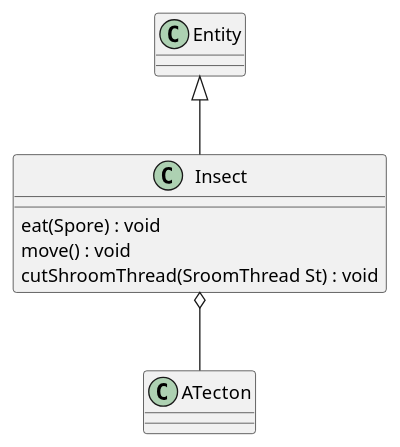
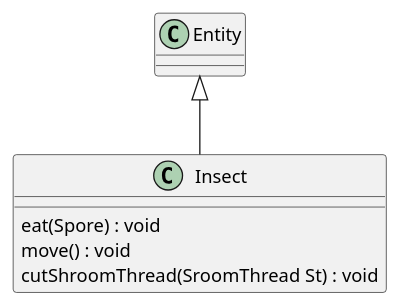
Before and after one commit to Petya-G/fungorium: the diagram in 3/classes/insect.puml, drawn with PlantUML. The commit also changed 1 other file, not shown here.

Commit message:
fixed tecton and insect

```diff
--- a/3/classes/insect.puml
+++ b/3/classes/insect.puml
@@ -1,10 +1,9 @@
 @startuml insect
 
 Entity <|-- Insect
-Insect o-- ATecton
 class Insect{
     eat(Spore) : void
     move() : void
     cutShroomThread(SroomThread St) : void
 }
 @enduml
```
